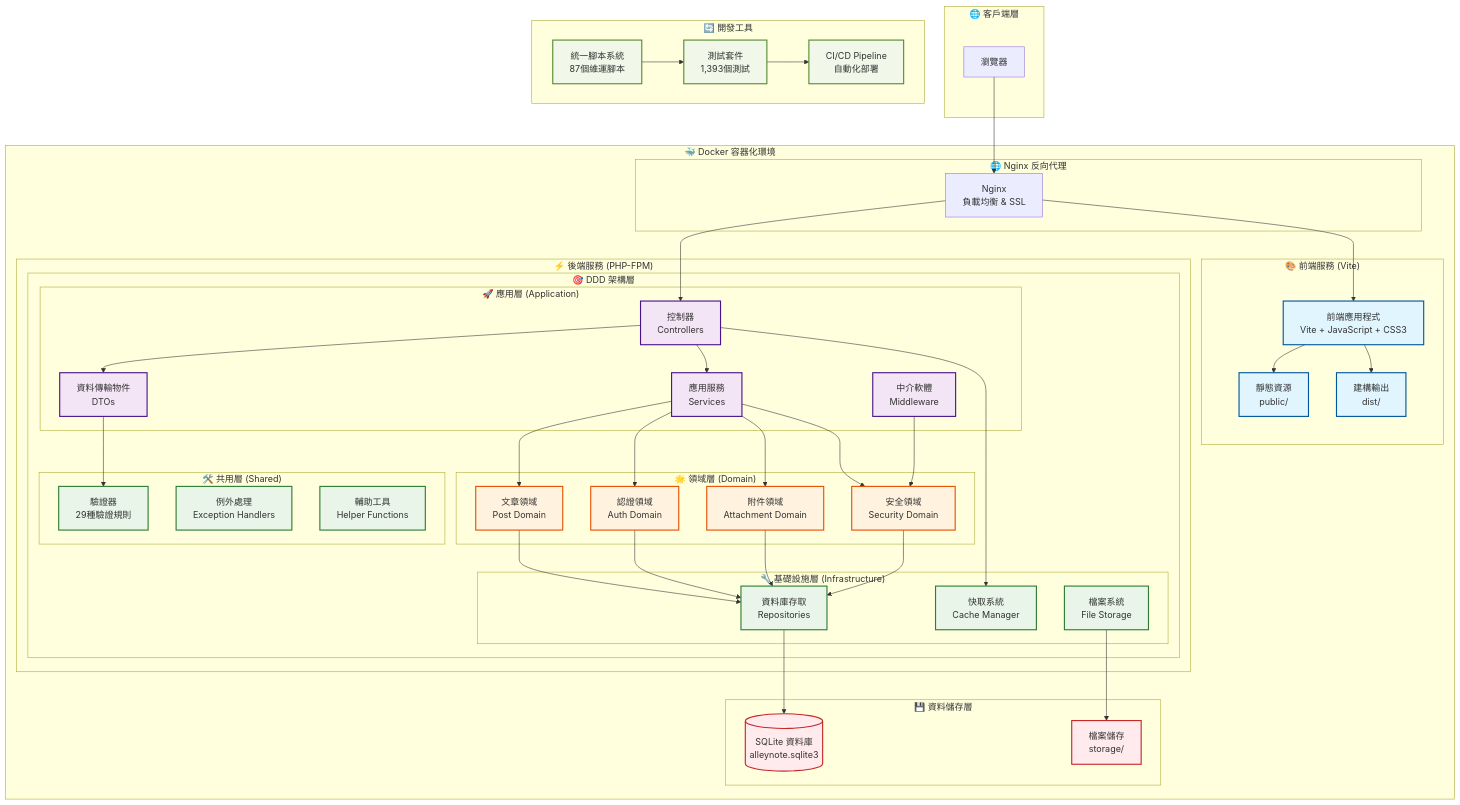
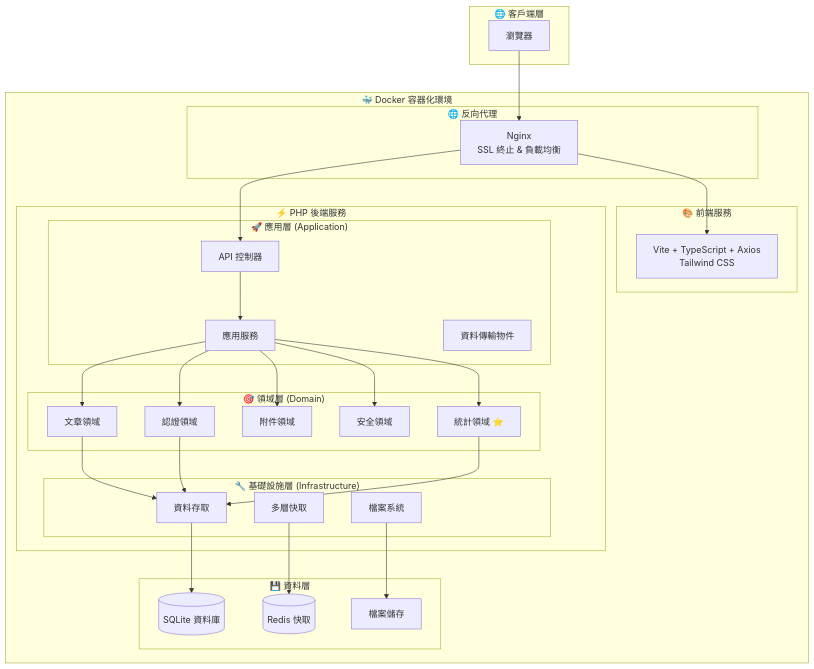
One commit to cookeyholder/AlleyNote changed the first of 3 diagrams in README.md. Above: the diagram before and after it, drawn with Mermaid. The commit also changed other lines of this file and 240 other files, not shown here.

````diff
--- a/README.md
+++ b/README.md
@@ -55,101 +81,56 @@
     end
 
     subgraph "🐳 Docker 容器化環境"
-        subgraph "🎨 前端服務 (Vite)"
-            Frontend[前端應用程式<br/>Vite + JavaScript + CSS3]
-            FrontendStatic[靜態資源<br/>public/]
-            FrontendBuild[建構輸出<br/>dist/]
+        subgraph "🎨 前端服務"
+            Frontend[Vite + TypeScript + Axios<br/>Tailwind CSS]
         end
 
-        subgraph "🌐 Nginx 反向代理"
-            Nginx[Nginx<br/>負載均衡 & SSL]
+        subgraph "🌐 反向代理"
+            Nginx[Nginx<br/>SSL 終止 & 負載均衡]
         end
 
-        subgraph "⚡ 後端服務 (PHP-FPM)"
-            subgraph "🎯 DDD 架構層"
-                subgraph "🌟 領域層 (Domain)"
-                    PostDomain[文章領域<br/>Post Domain]
-                    AuthDomain[認證領域<br/>Auth Domain]
-                    AttachmentDomain[附件領域<br/>Attachment Domain]
-                    SecurityDomain[安全領域<br/>Security Domain]
-                end
+        subgraph "⚡ PHP 後端服務"
+            subgraph "🎯 領域層 (Domain)"
+                Post[文章領域]
+                Auth[認證領域]
+                Attachment[附件領域]
+                Security[安全領域]
+                Statistics[統計領域 ⭐]
+            end
 
-                subgraph "🚀 應用層 (Application)"
-                    Controllers[控制器<br/>Controllers]
-                    DTOs[資料傳輸物件<br/>DTOs]
-                    Middleware[中介軟體<br/>Middleware]
-                    Services[應用服務<br/>Services]
-                end
+            subgraph "🚀 應用層 (Application)"
+                Controllers[API 控制器]
+                Services[應用服務]
+                DTOs[資料傳輸物件]
+            end
 
-                subgraph "🔧 基礎設施層 (Infrastructure)"
-                    Database[資料庫存取<br/>Repositories]
-                    Cache[快取系統<br/>Cache Manager]
-                    FileSystem[檔案系統<br/>File Storage]
-                end
-
-                subgraph "🛠️ 共用層 (Shared)"
-                    Validators[驗證器<br/>29種驗證規則]
-                    Exceptions[例外處理<br/>Exception Handlers]
-                    Helpers[輔助工具<br/>Helper Functions]
-                end
+            subgraph "🔧 基礎設施層 (Infrastructure)"
+                Repositories[資料存取]
+                Cache[多層快取]
+                FileSystem[檔案系統]
             end
         end
 
-        subgraph "💾 資料儲存層"
-            SQLite[(SQLite 資料庫<br/>alleynote.sqlite3)]
-            Storage[檔案儲存<br/>storage/]
+        subgraph "💾 資料層"
+            SQLite[(SQLite 資料庫)]
+            Redis[(Redis 快取)]
+            Storage[檔案儲存]
         end
     end
 
-    subgraph "🔄 開發工具"
-        Scripts[統一腳本系統<br/>87個維運腳本]
-        Tests[測試套件<br/>1,393個測試]
-        CI[CI/CD Pipeline<br/>自動化部署]
-    end
-
-    %% 連接關係
     Browser --> Nginx
     Nginx --> Frontend
     Nginx --> Controllers
-
-    Frontend --> FrontendStatic
-    Frontend --> FrontendBuild
-
-    Controllers --> DTOs
     Controllers --> Services
-    DTOs --> Validators
-
-    Services --> PostDomain
-    Services --> AuthDomain
-    Services --> AttachmentDomain
-    Services --> SecurityDomain
-
-    PostDomain --> Database
-    AuthDomain --> Database
-    AttachmentDomain --> Database
-    SecurityDomain --> Database
-
-    Database --> SQLite
+    Services --> Post
+    Services --> Auth
+    Services --> Attachment
+    Services --> Security
+    Services --> Statistics
+    Post --> Repositories
+    Auth --> Repositories
+    Statistics --> Repositories
+    Repositories --> SQLite
+    Cache --> Redis
     FileSystem --> Storage
-
-    Controllers --> Cache
-    Middleware --> SecurityDomain
-
-    Scripts --> Tests
-    Tests --> CI
-
-    %% 樣式定義
-    classDef frontend fill:#e1f5fe,stroke:#01579b,stroke-width:2px
-    classDef backend fill:#f3e5f5,stroke:#4a148c,stroke-width:2px
-    classDef domain fill:#fff3e0,stroke:#e65100,stroke-width:2px
-    classDef infra fill:#e8f5e8,stroke:#2e7d32,stroke-width:2px
-    classDef data fill:#ffebee,stroke:#c62828,stroke-width:2px
-    classDef tools fill:#f1f8e9,stroke:#558b2f,stroke-width:2px
-
-    class Frontend,FrontendStatic,FrontendBuild frontend
-    class Controllers,DTOs,Middleware,Services backend
-    class PostDomain,AuthDomain,AttachmentDomain,SecurityDomain domain
-    class Database,Cache,FileSystem,Validators,Exceptions,Helpers infra
-    class SQLite,Storage data
-    class Scripts,Tests,CI tools
 ```
````
